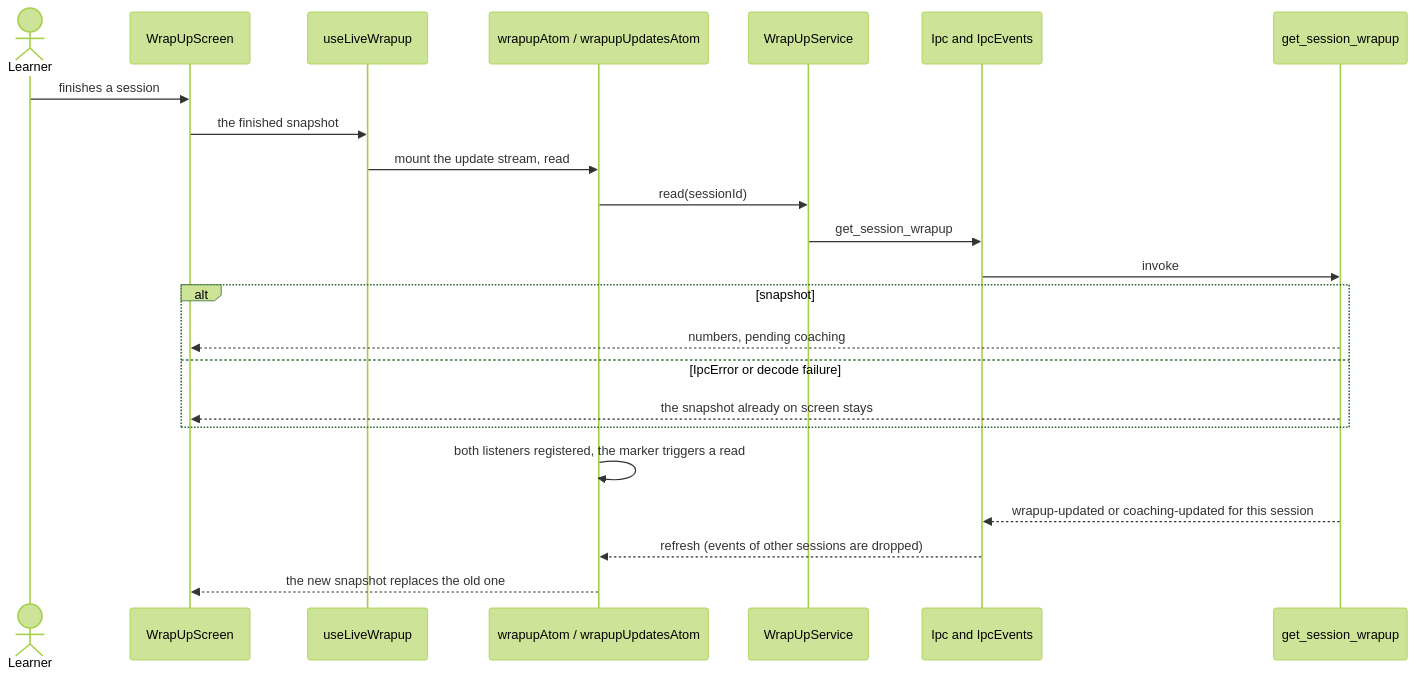
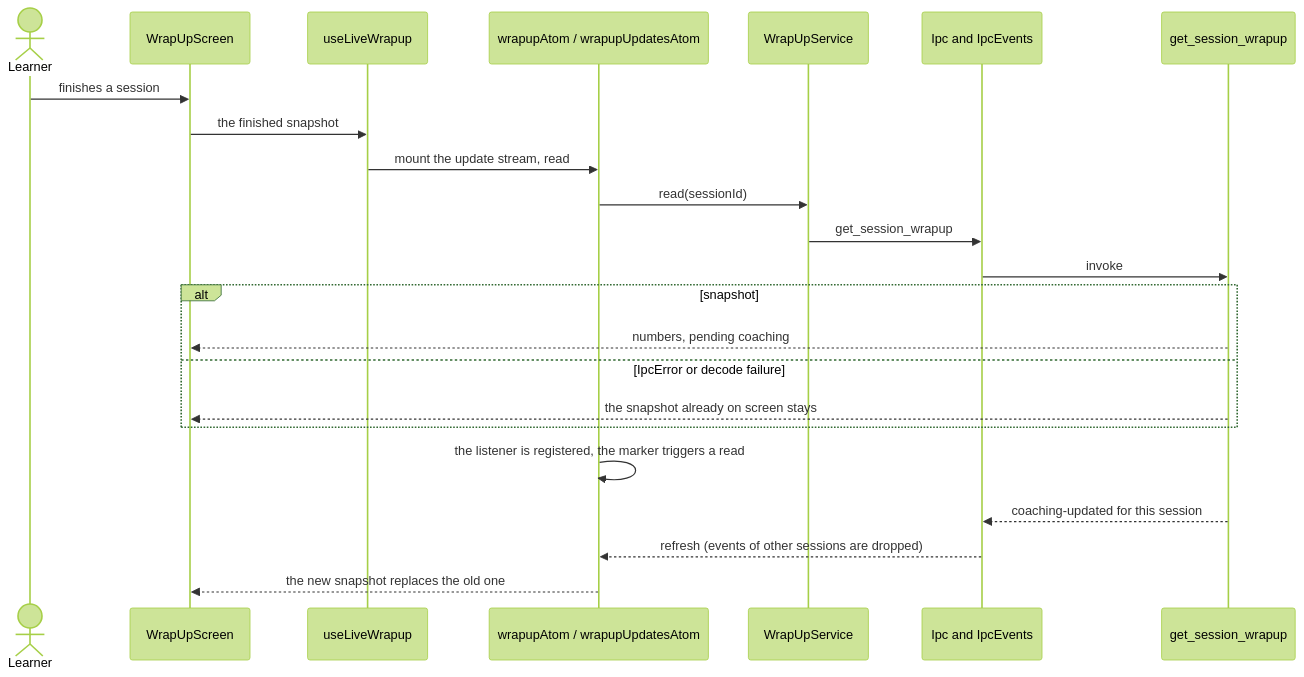
One commit to oleksii-latyshev/english-trainer changed the first of 2 diagrams in src/features/wrap-up/flow.md. Above: the diagram before and after it, drawn with Mermaid (forest theme). The commit also changed other lines of this file and 51 other files, not shown here.

````diff
--- a/src/features/wrap-up/flow.md
+++ b/src/features/wrap-up/flow.md
@@ -13,26 +13,26 @@
 ```mermaid
 sequenceDiagram
     actor Learner
     participant Screen as WrapUpScreen
     participant Hook as useLiveWrapup
     participant Atoms as wrapupAtom / wrapupUpdatesAtom
     participant Service as WrapUpService
     participant Ipc as Ipc and IpcEvents
     participant Rust as get_session_wrapup
 
     Learner->>Screen: finishes a session
     Screen->>Hook: the finished snapshot
     Hook->>Atoms: mount the update stream, read
     Atoms->>Service: read(sessionId)
     Service->>Ipc: get_session_wrapup
     Ipc->>Rust: invoke
     alt snapshot
         Rust-->>Screen: numbers, pending coaching
     else IpcError or decode failure
         Rust-->>Screen: the snapshot already on screen stays
     end
-    Atoms->>Atoms: both listeners registered, the marker triggers a read
-    Rust-->>Ipc: wrapup-updated or coaching-updated for this session
+    Atoms->>Atoms: the listener is registered, the marker triggers a read
+    Rust-->>Ipc: coaching-updated for this session
     Ipc-->>Atoms: refresh (events of other sessions are dropped)
     Atoms-->>Screen: the new snapshot replaces the old one
 ```
````
